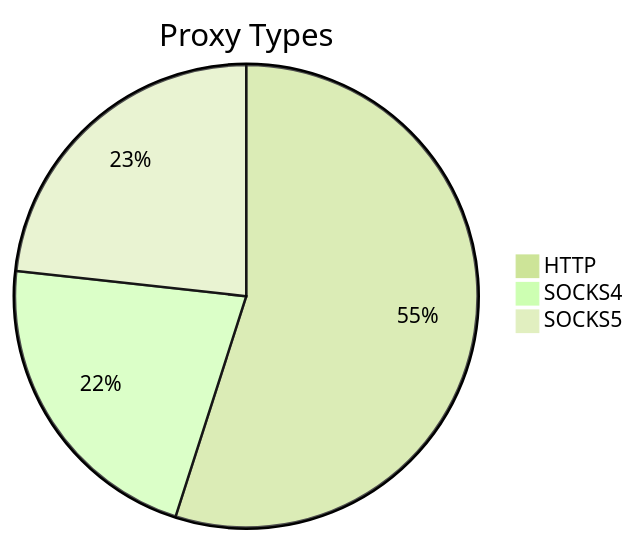
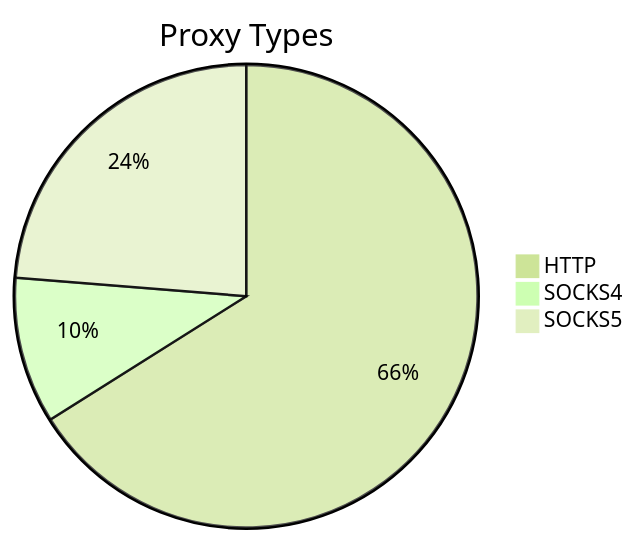
One commit to stormsia/proxy-list changed the first of 2 diagrams in README.md. Above: the diagram before and after it, drawn with Mermaid (forest theme). The commit also changed other lines of this file, not shown here.

````diff
--- a/README.md
+++ b/README.md
@@ -21,6 +21,6 @@
 ```mermaid
 pie title Proxy Types
-    "HTTP" : 267
-    "SOCKS4" : 106
-    "SOCKS5" : 113
+    "HTTP" : 181
+    "SOCKS4" : 28
+    "SOCKS5" : 65
 ```
````
